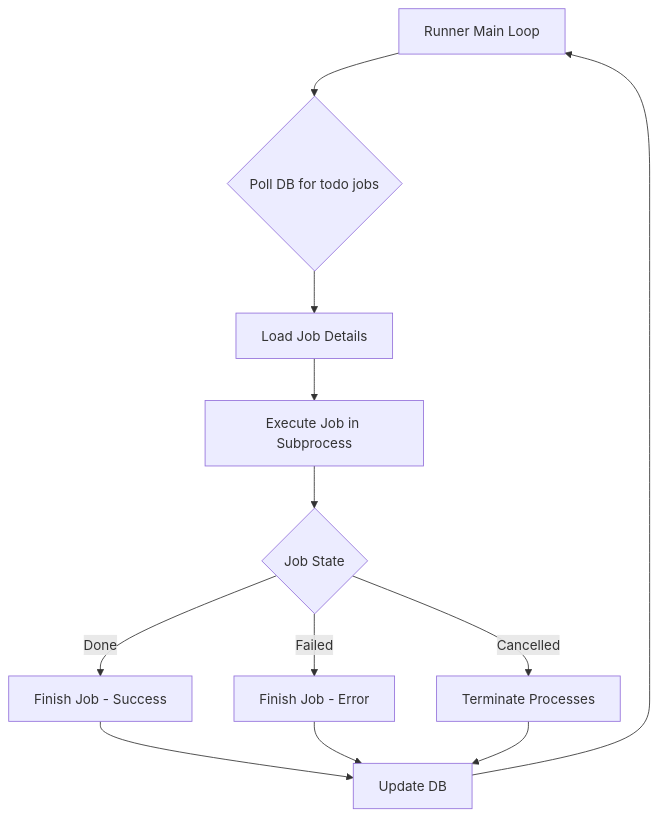
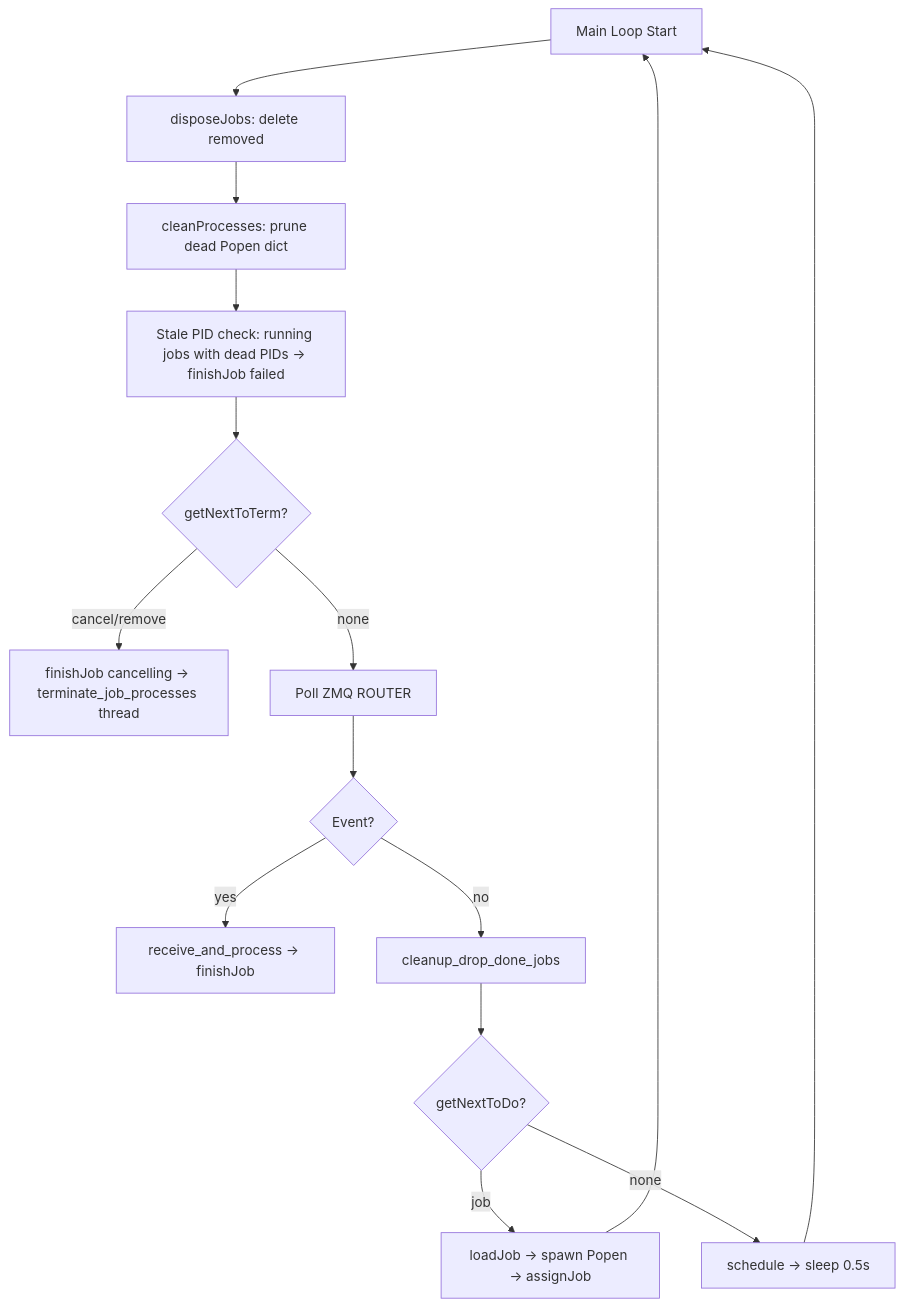
One commit to pyops-project/pyops changed the fifth of 10 diagrams in doc/insights_app.md. Above: the diagram before and after it, drawn with Mermaid. The commit also changed other lines of this file and 6 other files, not shown here.

````diff
--- a/doc/insights_app.md
+++ b/doc/insights_app.md
@@ -289,14 +221,17 @@
 ```mermaid
 flowchart TD
-    A[Runner Main Loop] --> B{Poll DB for todo jobs}
-    B --> C[Load Job Details]
-    C --> D[Execute Job in Subprocess]
-    D --> E{Job State}
-    E -->|Done| F[Finish Job - Success]
-    E -->|Failed| G[Finish Job - Error]
-    E -->|Cancelled| H[Terminate Processes]
-    F --> I[Update DB]
-    G --> I
-    H --> I
-    I --> A
+    A[Main Loop Start] --> B[disposeJobs: delete removed]
+    B --> C[cleanProcesses: prune dead Popen dict]
+    C --> D[Stale PID check: running jobs with dead PIDs → finishJob failed]
+    D --> E{getNextToTerm?}
+    E -->|cancel/remove| F[finishJob cancelling → terminate_job_processes thread]
+    E -->|none| G[Poll ZMQ ROUTER]
+    G --> H{Event?}
+    H -->|yes| I[receive_and_process → finishJob]
+    H -->|no| J[cleanup_drop_done_jobs]
+    J --> K{getNextToDo?}
+    K -->|job| L[loadJob → spawn Popen → assignJob]
+    K -->|none| M[schedule → sleep 0.5s]
+    L --> A
+    M --> A
 ```
````
